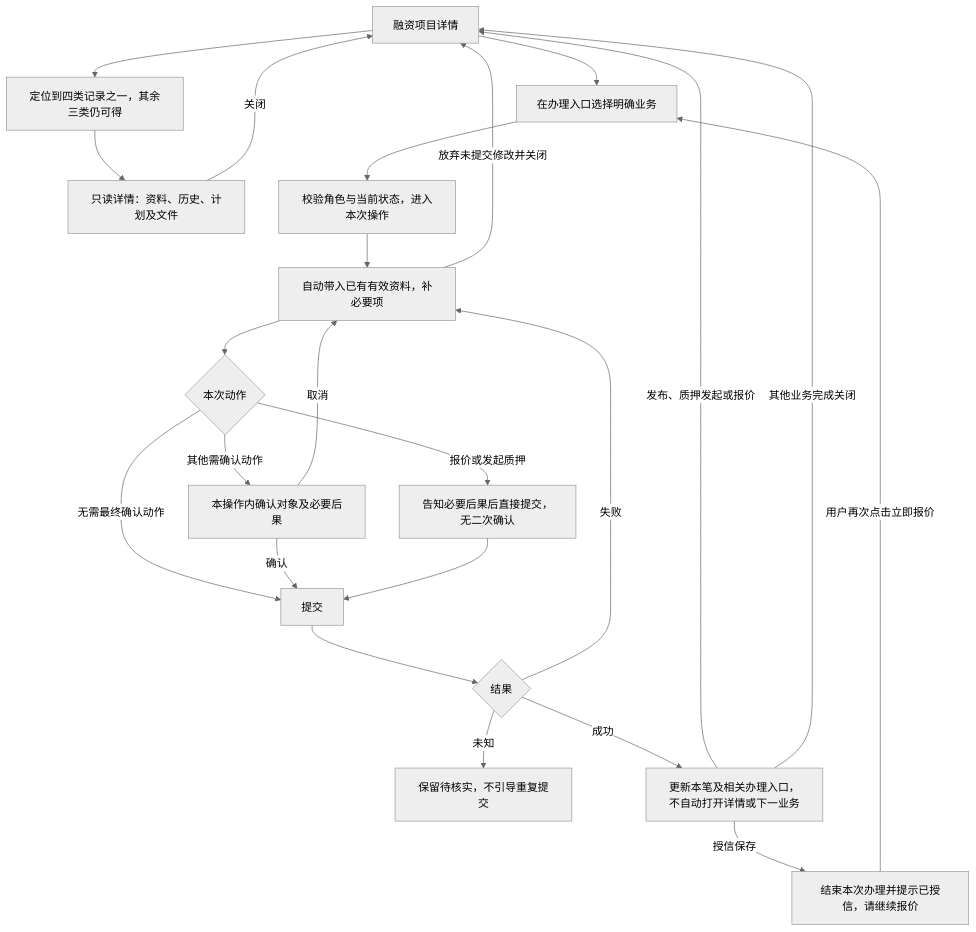
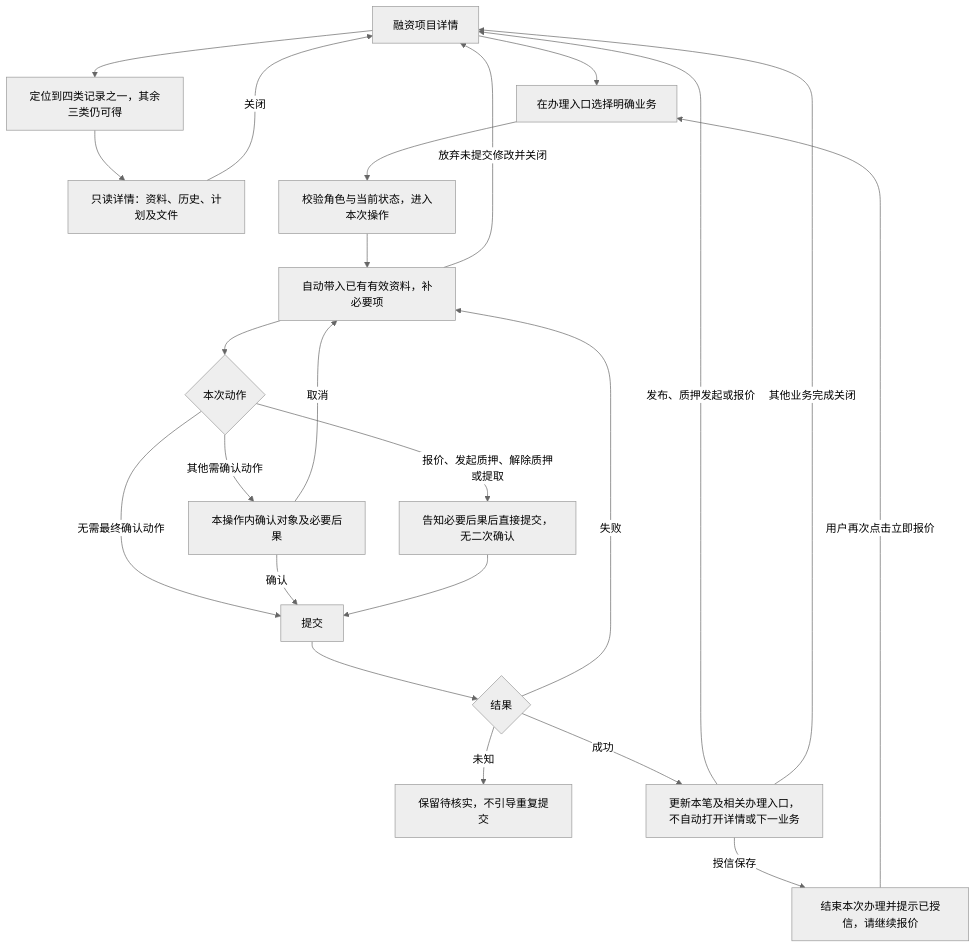
The seventh of 10 diagrams in lending-platform/PRD/面客端/05-借贷广场-融资需求与代币质押/02-融资需求与代币质押-流程图与状态机.md (wxblockchain/Chain-Financing), drawn with Mermaid (neutral theme) before and after one commit. The commit also changed other lines of this file and 1 other file, not shown here.

````diff
--- a/lending-platform/PRD/面客端/05-借贷广场-融资需求与代币质押/02-融资需求与代币质押-流程图与状态机.md
+++ b/lending-platform/PRD/面客端/05-借贷广场-融资需求与代币质押/02-融资需求与代币质押-流程图与状态机.md
@@ -194,25 +194,25 @@
 ```mermaid
 flowchart TD
   A[融资项目详情] --> B[定位到四类记录之一，其余三类仍可得]
   B --> C[只读详情：资料、历史、计划及文件]
   C -->|关闭| A
   A --> D[在办理入口选择明确业务]
   D --> E[校验角色与当前状态，进入本次操作]
   E --> F[自动带入已有有效资料，补必要项]
   F --> G{本次动作}
-  G -->|报价或发起质押| H[告知必要后果后直接提交，无二次确认]
+  G -->|报价、发起质押、解除质押或提取| H[告知必要后果后直接提交，无二次确认]
   G -->|其他需确认动作| I[本操作内确认对象及必要后果]
   G -->|无需最终确认动作| J[提交]
   I -->|确认| J
   I -->|取消| F
   H --> J
   J --> K{结果}
   K -->|失败| F
   K -->|未知| U[保留待核实，不引导重复提交]
   K -->|成功| V[更新本笔及相关办理入口，不自动打开详情或下一业务]
   V -->|授信保存| T[结束本次办理并提示已授信，请继续报价]
   T -->|用户再次点击立即报价| D
   V -->|发布、质押发起或报价| A
   V -->|其他业务完成关闭| A
   F -->|放弃未提交修改并关闭| A
 ```
````
